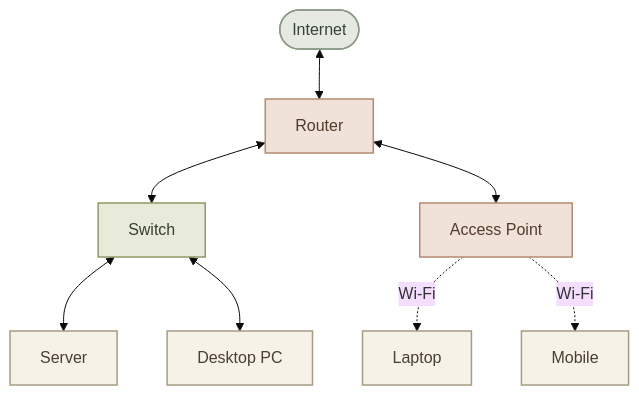
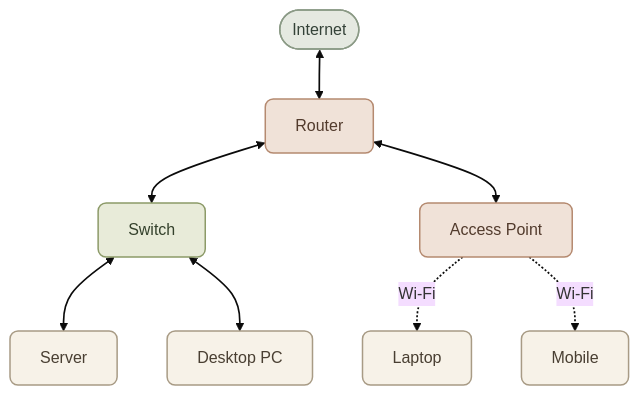
The first of 5 diagrams in content/networking/network-devices.mdx (mustafammasoud/ops-handbook), drawn with Mermaid (base theme) before and after one commit. The commit also changed other lines of this file and 7 other files, not shown here.

````diff
--- a/content/networking/network-devices.mdx
+++ b/content/networking/network-devices.mdx
@@ -28,20 +28,21 @@
 ```mermaid
 flowchart TD
     Internet(["Internet"]) <--> Router["Router"]
     Router <--> Switch["Switch"]
     Switch <--> Server[" Server"]
     Switch <--> PC[" Desktop PC"]
     Router <--> AP["Access Point"]
     AP -. "Wi-Fi" .-> Laptop[" Laptop"]
     AP -. "Wi-Fi" .-> Mobile[" Mobile"]
 
-    classDef internet fill:#E5E9E1,stroke:#8B9A86,color:#344238,stroke-width:1.5px
-    classDef router fill:#F0E2D8,stroke:#B58A70,color:#523B2D,stroke-width:1.5px
-    classDef switch fill:#E8EBD9,stroke:#8C9A68,color:#34412C,stroke-width:1.5px
-    classDef endpoint fill:#F7F2E8,stroke:#A89B85,color:#493F32,stroke-width:1.5px
+    classDef internet fill:#E5E9E1,stroke:#8B9A86,color:#344238,stroke-width:1.5px,rx:8,ry:8
+    classDef router fill:#F0E2D8,stroke:#B58A70,color:#523B2D,stroke-width:1.5px,rx:8,ry:8
+    classDef switch fill:#E8EBD9,stroke:#8C9A68,color:#34412C,stroke-width:1.5px,rx:8,ry:8
+    classDef endpoint fill:#F7F2E8,stroke:#A89B85,color:#493F32,stroke-width:1.5px,rx:8,ry:8
 
     class Internet internet
     class Router,AP router
     class Switch switch
     class Server,PC,Laptop,Mobile endpoint
+    linkStyle default stroke-width:1.7px
 ```
````
